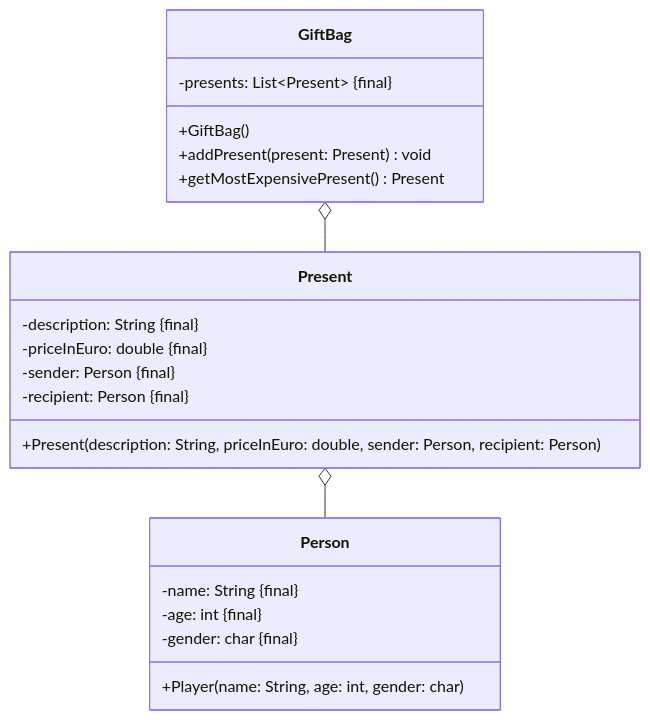
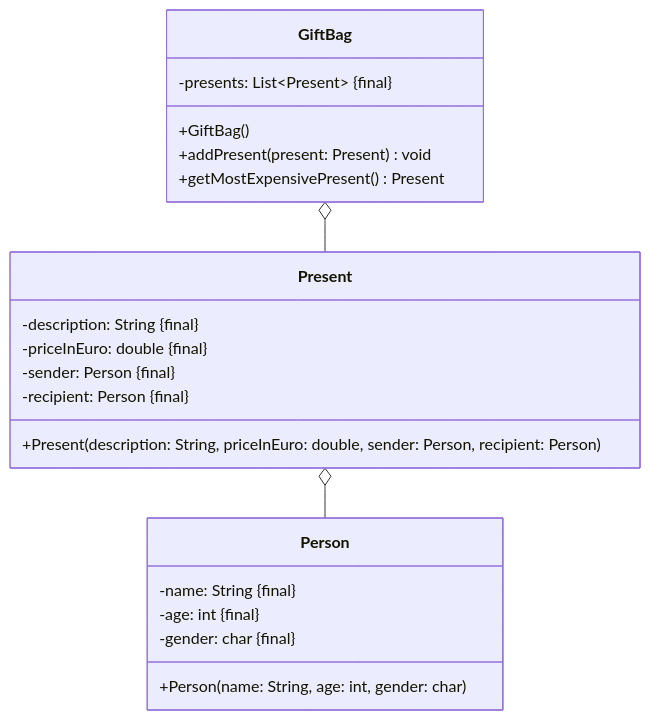
Before and after one commit to jappuccini/java-docs: the diagram in docs/exam-exercises/exam-exercises-java1/class-diagrams/gift-bag.md, drawn with Mermaid. The commit also changed other lines of this file and 23 other files, not shown here.

````diff
--- a/docs/exam-exercises/exam-exercises-java1/class-diagrams/gift-bag.md
+++ b/docs/exam-exercises/exam-exercises-java1/class-diagrams/gift-bag.md
@@ -12,27 +12,27 @@
 ```mermaid
 classDiagram
     GiftBag o-- Present
     Present o-- Person
 
     class GiftBag {
         -presents: List~Present~ #123;final#125;
         +GiftBag()
         +addPresent(present: Present) void
         +getMostExpensivePresent() Present
     }
 
     class Present {
         -description: String #123;final#125;
         -priceInEuro: double #123;final#125;
         -sender: Person #123;final#125;
         -recipient: Person #123;final#125;
         +Present(description: String, priceInEuro: double, sender: Person, recipient: Person)
     }
 
     class Person {
         -name: String #123;final#125;
         -age: int #123;final#125;
         -gender: char #123;final#125;
-        +Player(name: String, age: int, gender: char )
+        +Person(name: String, age: int, gender: char)
     }
 ```
````
